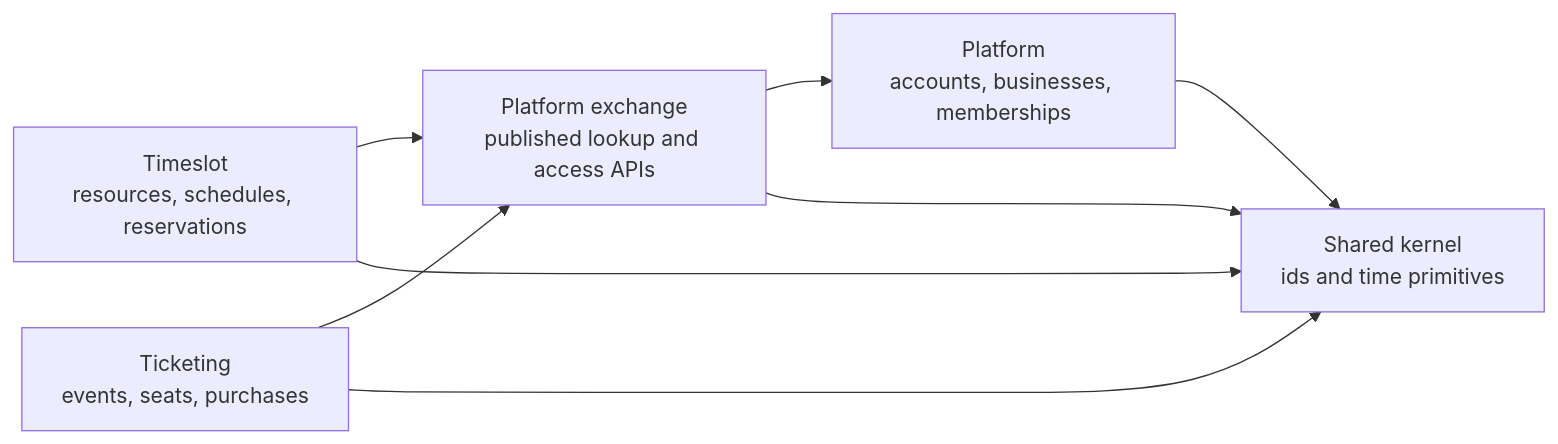
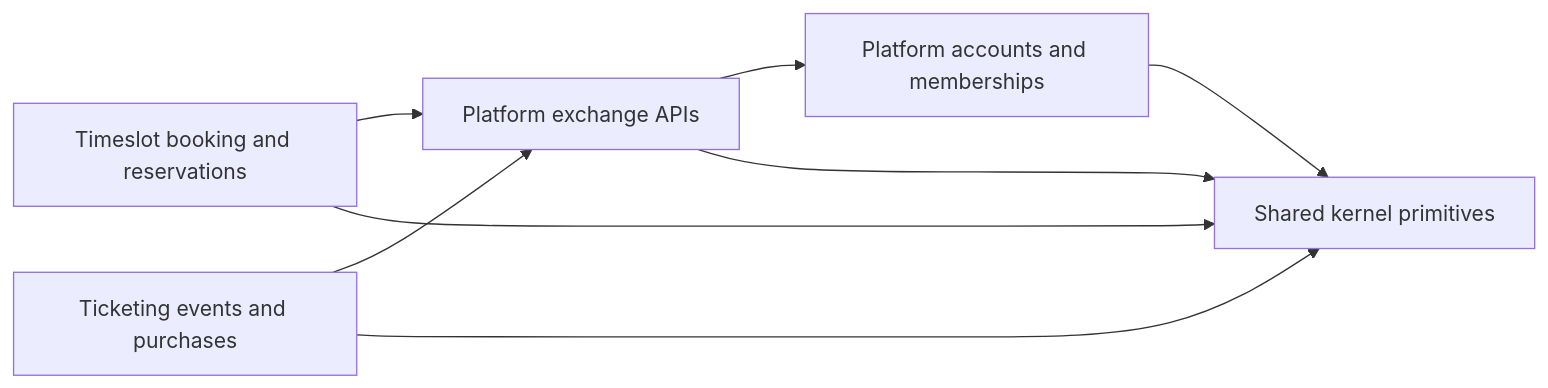
The first of 3 diagrams in docs/architecture.md (jaeyeopme/resrv), drawn with Mermaid before and after one commit. The commit also changed other lines of this file and 9 other files, not shown here.

````diff
--- a/docs/architecture.md
+++ b/docs/architecture.md
@@ -16,16 +16,16 @@
 ```mermaid
 flowchart LR
-    platform["Platform<br/>accounts, businesses, memberships"]
-    timeslot["Timeslot<br/>resources, schedules, reservations"]
-    ticketing["Ticketing<br/>events, seats, purchases"]
-    exchange["Platform exchange<br/>published lookup and access APIs"]
-    kernel["Shared kernel<br/>ids and time primitives"]
+    platform["Platform accounts and memberships"]
+    timeslot["Timeslot booking and reservations"]
+    ticketing["Ticketing events and purchases"]
+    exchange["Platform exchange APIs"]
+    kernel["Shared kernel primitives"]
 
     timeslot --> exchange
     ticketing --> exchange
     exchange --> platform
     platform --> kernel
     timeslot --> kernel
     ticketing --> kernel
     exchange --> kernel
 ```
````
